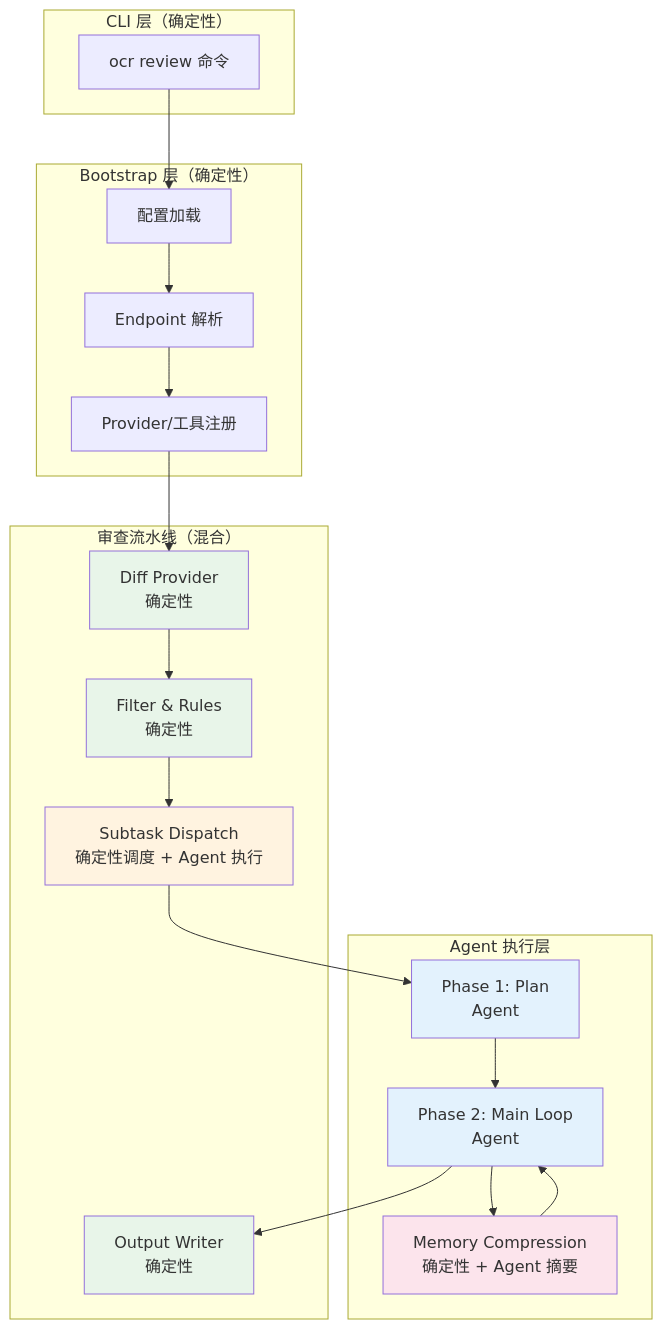
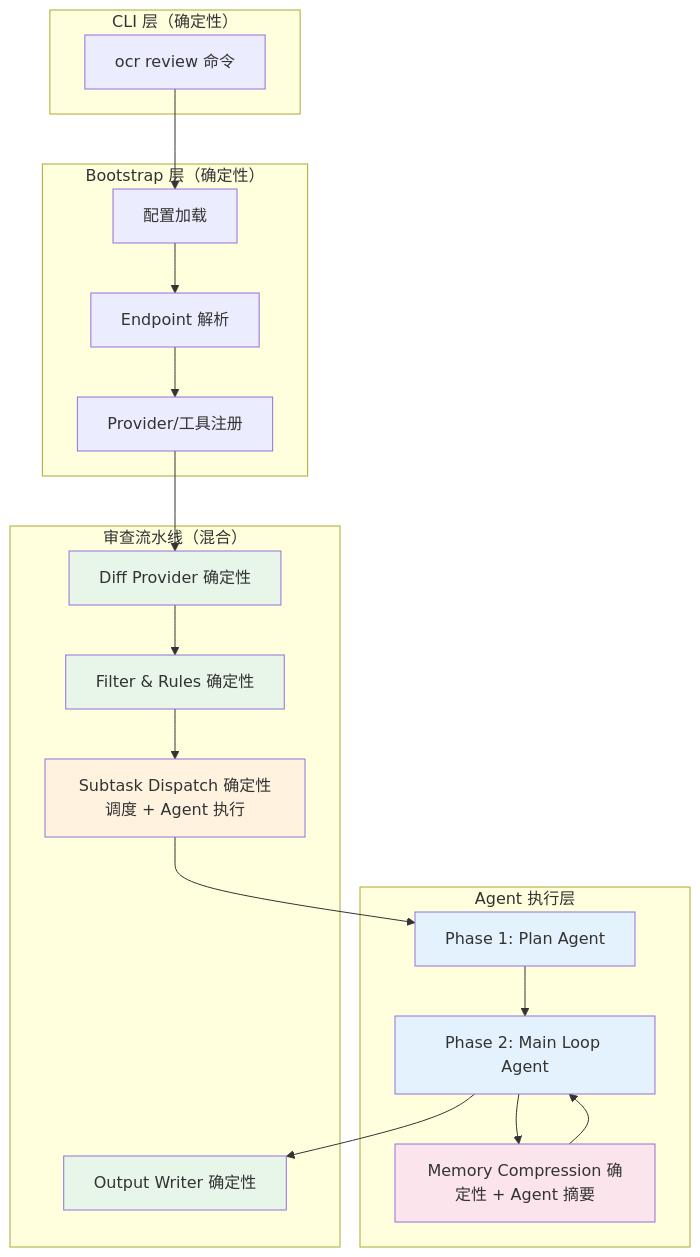
One commit to awesome-flexloop/awesome-okf changed the first of 12 diagrams in doc/bundles/jishu/ai/products/open-code-review/concepts/01-architecture.md. Above: the diagram before and after it, drawn with Mermaid. The commit also changed other lines of this file and 10 other files, not shown here.

First line of the commit message:
docs(bundle): 清偿 Open Code Review 存量 Mermaid 违规避免规范漂移累积

````diff
--- a/doc/bundles/jishu/ai/products/open-code-review/concepts/01-architecture.md
+++ b/doc/bundles/jishu/ai/products/open-code-review/concepts/01-architecture.md
@@ -48,40 +48,35 @@
 ```mermaid
 graph TB
     subgraph CLI["CLI 层（确定性）"]
         CMD["ocr review 命令"]
     end
-
     subgraph Bootstrap["Bootstrap 层（确定性）"]
         CFG["配置加载"]
         RES["Endpoint 解析"]
         REG["Provider/工具注册"]
     end
-
     subgraph Pipeline["审查流水线（混合）"]
-        DIFF["Diff Provider<br/>确定性"]
-        FILTER["Filter & Rules<br/>确定性"]
-        DISPATCH["Subtask Dispatch<br/>确定性调度 + Agent 执行"]
-        OUTPUT["Output Writer<br/>确定性"]
+        DIFF["Diff Provider 确定性"]
+        FILTER["Filter & Rules 确定性"]
+        DISPATCH["Subtask Dispatch 确定性调度 + Agent 执行"]
+        OUTPUT["Output Writer 确定性"]
     end
-
     subgraph Agent["Agent 执行层"]
-        PLAN["Phase 1: Plan<br/>Agent"]
-        MAIN["Phase 2: Main Loop<br/>Agent"]
-        COMP["Memory Compression<br/>确定性 + Agent 摘要"]
+        PLAN["Phase 1: Plan Agent"]
+        MAIN["Phase 2: Main Loop Agent"]
+        COMP["Memory Compression 确定性 + Agent 摘要"]
     end
-
     CMD --> CFG --> RES --> REG
     REG --> DIFF --> FILTER --> DISPATCH
     DISPATCH --> PLAN --> MAIN
     MAIN --> COMP
     COMP --> MAIN
     MAIN --> OUTPUT
-
     style DIFF fill:#e8f5e9
     style FILTER fill:#e8f5e9
     style DISPATCH fill:#fff3e0
     style PLAN fill:#e3f2fd
     style MAIN fill:#e3f2fd
     style COMP fill:#fce4ec
     style OUTPUT fill:#e8f5e9
 ```
````
